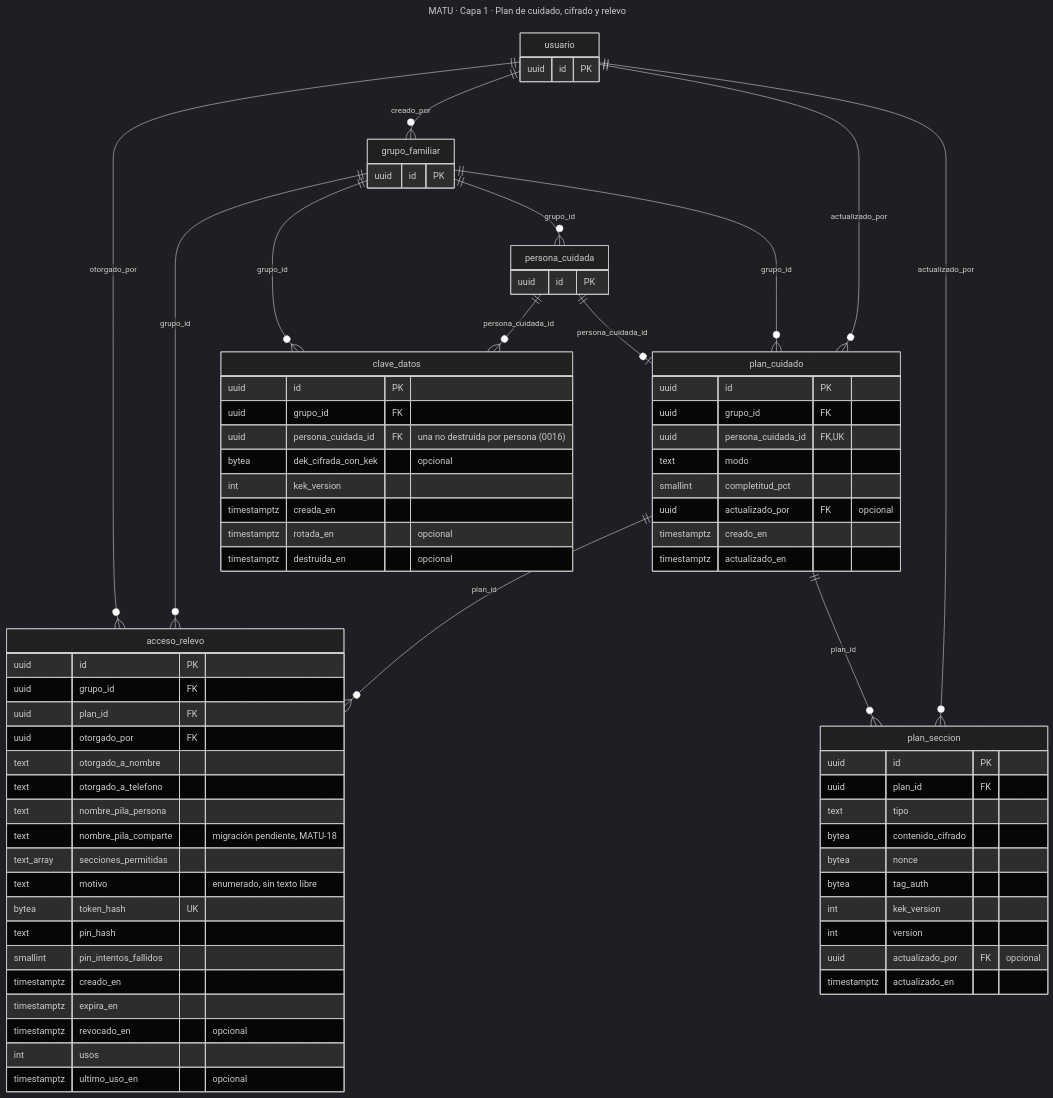
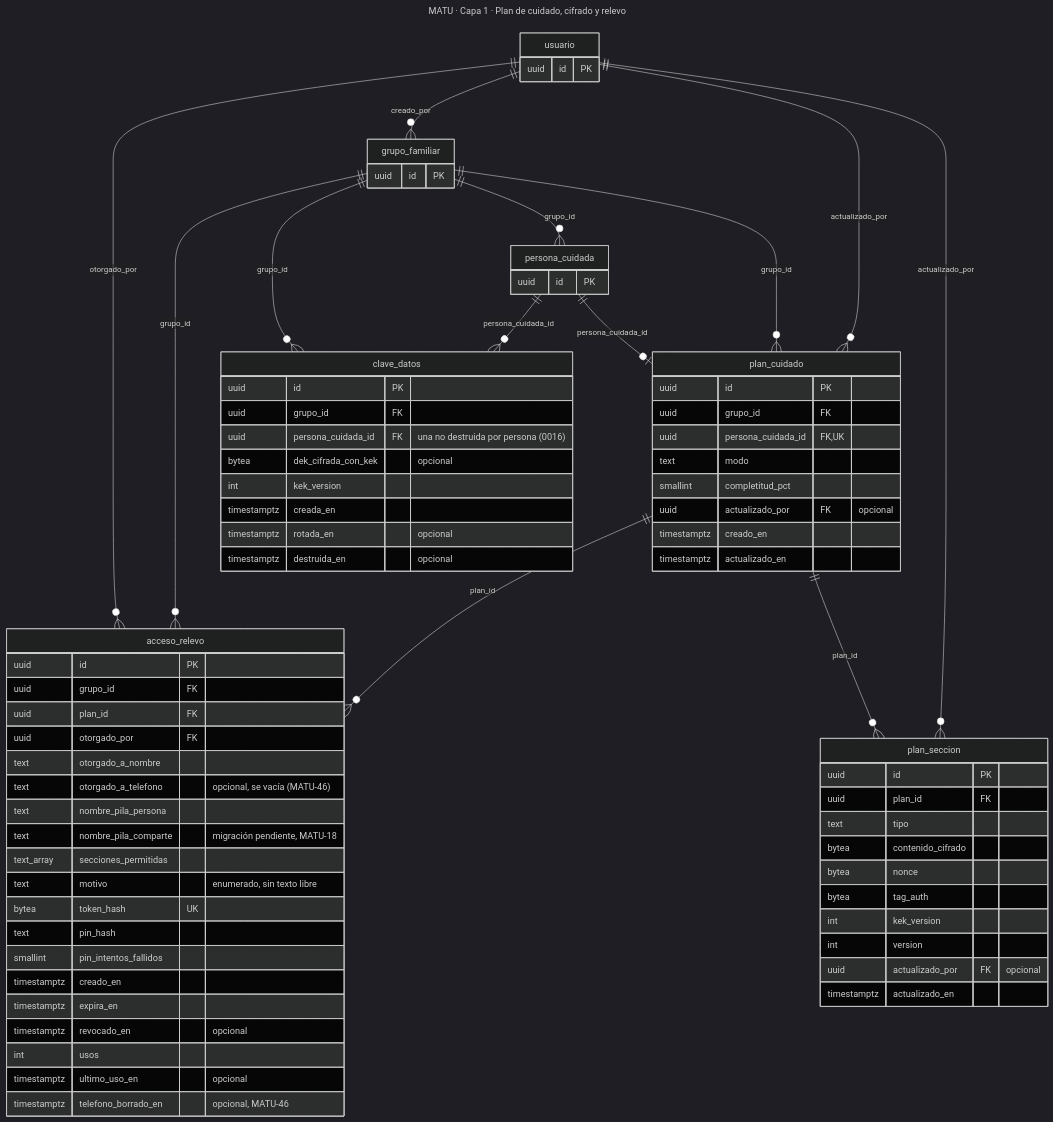
One commit to MartinHenriquez131/MATU changed the third of 11 diagrams in docs/modelo-datos.md. Above: the diagram before and after it, drawn with Mermaid (dark theme). The commit also changed other lines of this file, not shown here.

Commit message:
docs(modelo): acceso_relevo con el teléfono opcional y telefono_borrado_en, migración 0027 (MATU-46)

````diff
--- a/docs/modelo-datos.md
+++ b/docs/modelo-datos.md
@@ -289,79 +289,80 @@
 ```mermaid
 ---
 title: MATU · Capa 1 · Plan de cuidado, cifrado y relevo
 ---
 erDiagram
     grupo_familiar ||--o{ acceso_relevo : "grupo_id"
     usuario ||--o{ acceso_relevo : "otorgado_por"
     plan_cuidado ||--o{ acceso_relevo : "plan_id"
     grupo_familiar ||--o{ clave_datos : "grupo_id"
     persona_cuidada ||--o{ clave_datos : "persona_cuidada_id"
     usuario ||--o{ grupo_familiar : "creado_por"
     grupo_familiar ||--o{ persona_cuidada : "grupo_id"
     usuario ||--o{ plan_cuidado : "actualizado_por"
     grupo_familiar ||--o{ plan_cuidado : "grupo_id"
     persona_cuidada ||--o| plan_cuidado : "persona_cuidada_id"
     usuario ||--o{ plan_seccion : "actualizado_por"
     plan_cuidado ||--o{ plan_seccion : "plan_id"
     clave_datos {
         uuid id PK
         uuid grupo_id FK
         uuid persona_cuidada_id FK "una no destruida por persona (0016)"
         bytea dek_cifrada_con_kek "opcional"
         int kek_version
         timestamptz creada_en
         timestamptz rotada_en "opcional"
         timestamptz destruida_en "opcional"
     }
     plan_cuidado {
         uuid id PK
         uuid grupo_id FK
         uuid persona_cuidada_id FK, UK
         text modo
         smallint completitud_pct
         uuid actualizado_por FK "opcional"
         timestamptz creado_en
         timestamptz actualizado_en
     }
     plan_seccion {
         uuid id PK
         uuid plan_id FK
         text tipo
         bytea contenido_cifrado
         bytea nonce
         bytea tag_auth
         int kek_version
         int version
         uuid actualizado_por FK "opcional"
         timestamptz actualizado_en
     }
     acceso_relevo {
         uuid id PK
         uuid grupo_id FK
         uuid plan_id FK
         uuid otorgado_por FK
         text otorgado_a_nombre
-        text otorgado_a_telefono
+        text otorgado_a_telefono "opcional, se vacía (MATU-46)"
         text nombre_pila_persona
         text nombre_pila_comparte "migración pendiente, MATU-18"
         text_array secciones_permitidas
         text motivo "enumerado, sin texto libre"
         bytea token_hash UK
         text pin_hash
         smallint pin_intentos_fallidos
         timestamptz creado_en
         timestamptz expira_en
         timestamptz revocado_en "opcional"
         int usos
         timestamptz ultimo_uso_en "opcional"
+        timestamptz telefono_borrado_en "opcional, MATU-46"
     }
     persona_cuidada {
         uuid id PK
     }
     grupo_familiar {
         uuid id PK
     }
     usuario {
         uuid id PK
     }
 ```
````
